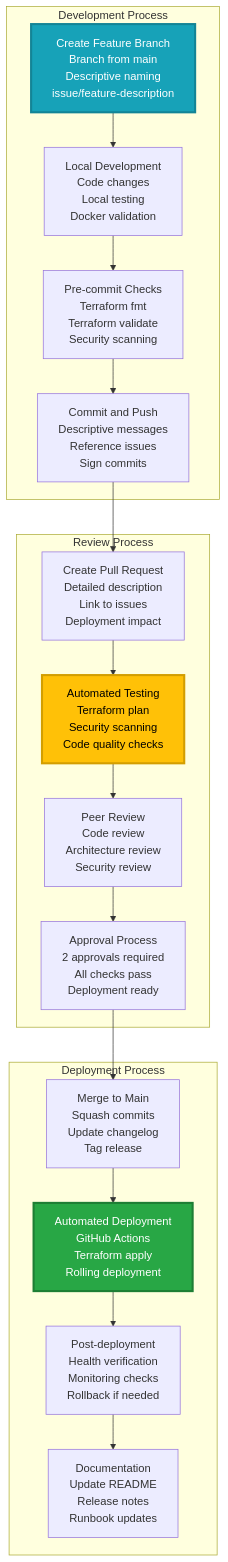
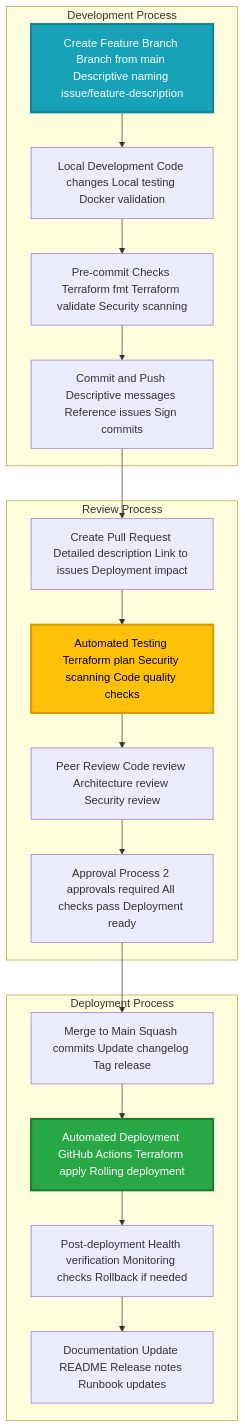
Before and after one commit to mangucletus/disaster-recovery-for-containerized-lamp-stack-application: diagram 19 of 20 in README.md, drawn with Mermaid. The commit also changed other lines of this file, not shown here.

````diff
--- a/README.md
+++ b/README.md
@@ -1488,41 +1490,41 @@
 ```mermaid
 graph TD
     subgraph "Development Process"
-        DEV1[Create Feature Branch<br/>Branch from main<br/>Descriptive naming<br/>issue/feature-description]
-        DEV2[Local Development<br/>Code changes<br/>Local testing<br/>Docker validation]
-        DEV3[Pre-commit Checks<br/>Terraform fmt<br/>Terraform validate<br/>Security scanning]
-        DEV4[Commit and Push<br/>Descriptive messages<br/>Reference issues<br/>Sign commits]
+        DEV1[Create Feature Branch Branch from main Descriptive naming issue/feature-description]
+        DEV2[Local Development Code changes Local testing Docker validation]
+        DEV3[Pre-commit Checks Terraform fmt Terraform validate Security scanning]
+        DEV4[Commit and Push Descriptive messages Reference issues Sign commits]
     end
     
     subgraph "Review Process"
-        REV1[Create Pull Request<br/>Detailed description<br/>Link to issues<br/>Deployment impact]
-        REV2[Automated Testing<br/>Terraform plan<br/>Security scanning<br/>Code quality checks]
-        REV3[Peer Review<br/>Code review<br/>Architecture review<br/>Security review]
-        REV4[Approval Process<br/>2 approvals required<br/>All checks pass<br/>Deployment ready]
+        REV1[Create Pull Request Detailed description Link to issues Deployment impact]
+        REV2[Automated Testing Terraform plan Security scanning Code quality checks]
+        REV3[Peer Review Code review Architecture review Security review]
+        REV4[Approval Process 2 approvals required All checks pass Deployment ready]
     end
     
     subgraph "Deployment Process"
-        DEP1[Merge to Main<br/>Squash commits<br/>Update changelog<br/>Tag release]
-        DEP2[Automated Deployment<br/>GitHub Actions<br/>Terraform apply<br/>Rolling deployment]
-        DEP3[Post-deployment<br/>Health verification<br/>Monitoring checks<br/>Rollback if needed]
-        DEP4[Documentation<br/>Update README<br/>Release notes<br/>Runbook updates]
+        DEP1[Merge to Main Squash commits Update changelog Tag release]
+        DEP2[Automated Deployment GitHub Actions Terraform apply Rolling deployment]
+        DEP3[Post-deployment Health verification Monitoring checks Rollback if needed]
+        DEP4[Documentation Update README Release notes Runbook updates]
     end
     
     DEV1 --> DEV2
     DEV2 --> DEV3
     DEV3 --> DEV4
     DEV4 --> REV1
     
     REV1 --> REV2
     REV2 --> REV3
     REV3 --> REV4
     REV4 --> DEP1
     
     DEP1 --> DEP2
     DEP2 --> DEP3
     DEP3 --> DEP4
     
     style DEV1 fill:#17a2b8,color:#ffffff,stroke:#138496,stroke-width:3px
     style REV2 fill:#ffc107,color:#000000,stroke:#d39e00,stroke-width:3px
     style DEP2 fill:#28a745,color:#ffffff,stroke:#1e7e34,stroke-width:3px
 ```
````
